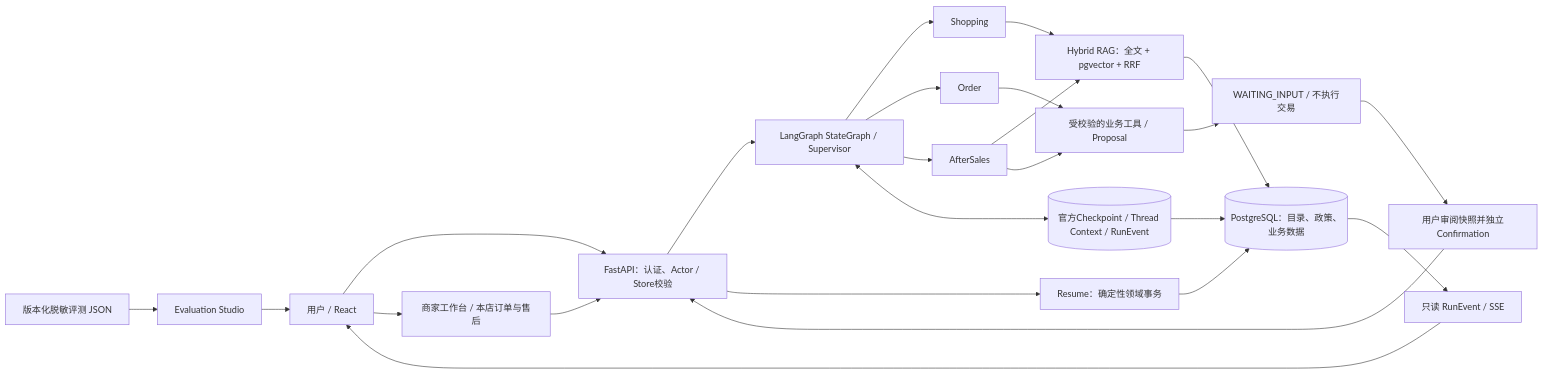
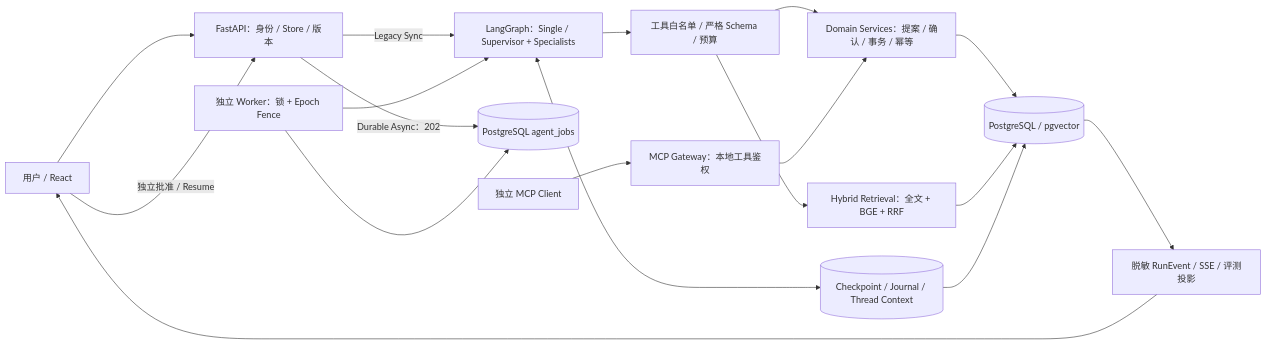
Before and after one commit to Cockatoo-xlk/AgentMall-Portfolio: the diagram in README.md, drawn with Mermaid. The commit also changed other lines of this file and 11 other files, not shown here.

````diff
--- a/README.md
+++ b/README.md
@@ -62,26 +26,20 @@
 ```mermaid
 flowchart LR
-  U["用户 / React"] --> API["FastAPI：认证、Actor / Store校验"]
-  API --> G["LangGraph StateGraph / Supervisor"]
-  G --> S["Shopping"]
-  G --> O["Order"]
-  G --> A["AfterSales"]
-  S --> R["Hybrid RAG：全文 + pgvector + RRF"]
-  O --> T["受校验的业务工具 / Proposal"]
-  A --> R
-  A --> T
-  R --> DB[("PostgreSQL：目录、政策、业务数据")]
-  T --> W["WAITING_INPUT / 不执行交易"]
-  W --> H["用户审阅快照并独立Confirmation"]
-  H --> API
-  API --> X["Resume：确定性领域事务"]
-  X --> DB
-  G <--> CP[("官方Checkpoint / Thread Context / RunEvent")]
-  CP --> DB
-  DB --> ES["只读 RunEvent / SSE"]
-  ES --> U
-  U --> M["商家工作台 / 本店订单与售后"]
-  M --> API
-  E["版本化脱敏评测 JSON"] --> ST["Evaluation Studio"]
-  ST --> U
+  UI["用户 / React"] --> API["FastAPI：身份 / Store / 版本"]
+  API -->|"Legacy Sync"| G["LangGraph：Single / Supervisor + Specialists"]
+  API -->|"Durable Async：202"| Q[("PostgreSQL agent_jobs")]
+  W["独立 Worker：锁 + Epoch Fence"] --> Q
+  W --> G
+  G --> V["工具白名单 / 严格 Schema / 预算"]
+  V --> R["Hybrid Retrieval：全文 + BGE + RRF"]
+  V --> D["Domain Services：提案 / 确认 / 事务 / 幂等"]
+  UI -->|"独立批准 / Resume"| API
+  D --> PG[("PostgreSQL / pgvector")]
+  R --> PG
+  G <--> CP[("Checkpoint / Journal / Thread Context")]
+  CP --> PG
+  PG --> E["脱敏 RunEvent / SSE / 评测投影"]
+  E --> UI
+  C["独立 MCP Client"] --> M["MCP Gateway：本地工具鉴权"]
+  M --> D
 ```
````
